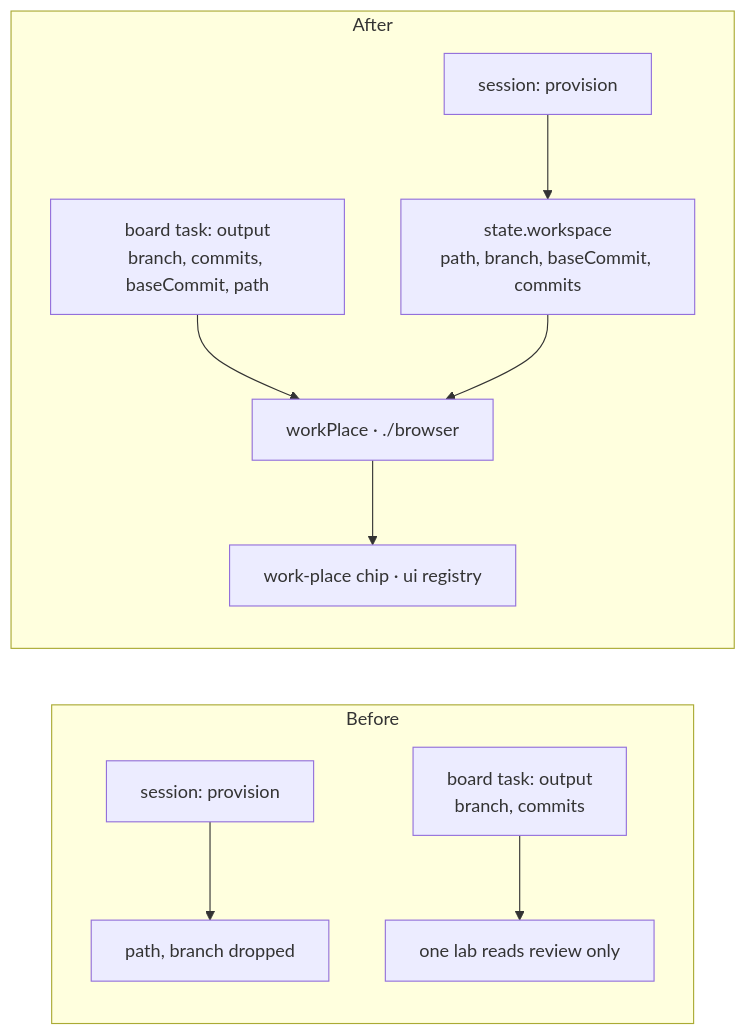
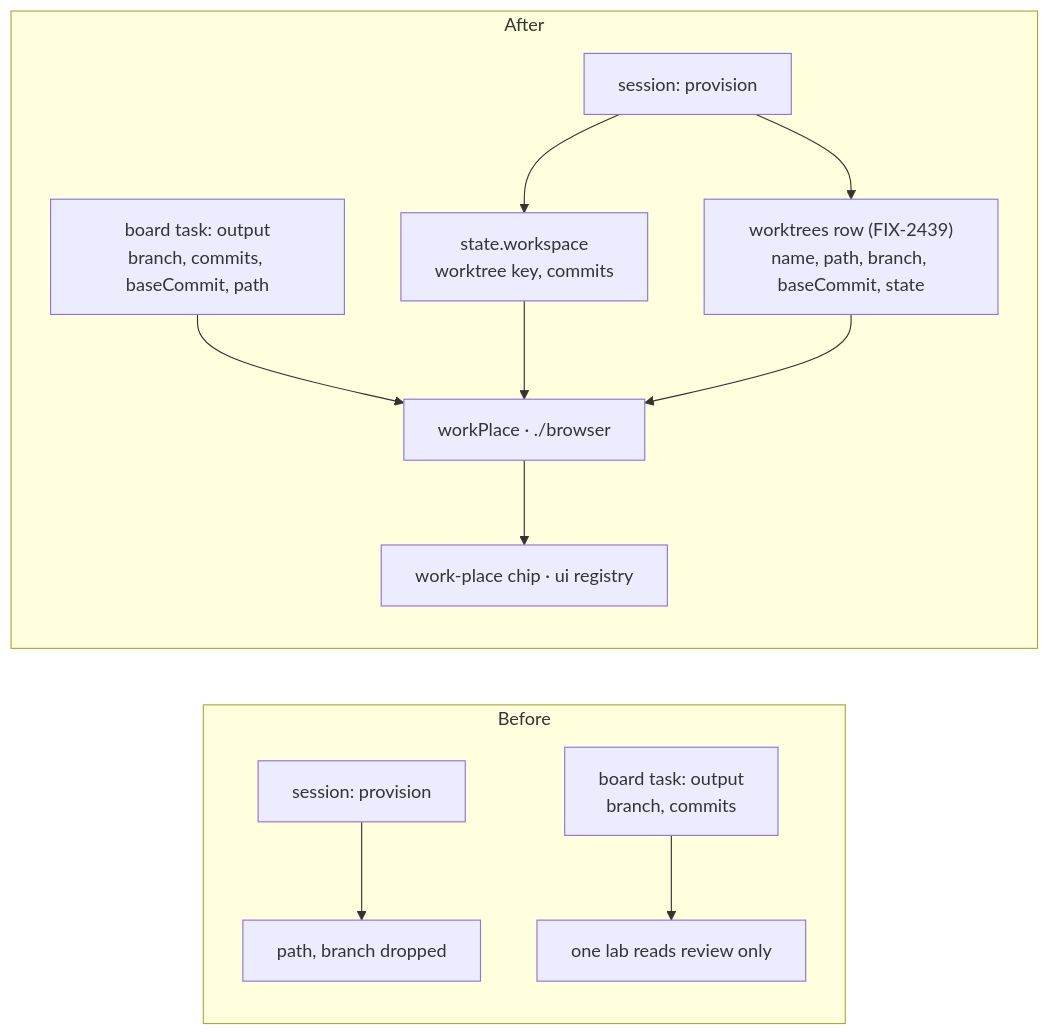
Before and after one commit to fixpoint-labs/flow-state-dev: the second of 2 diagrams in specs/issues/FIX-2386/SPEC.md, drawn with Mermaid. The commit also changed other lines of this file and 1 other file, not shown here.

First line of the commit message:
spec(FIX-2386): session state points at FIX-2439's worktree row

````diff
--- a/specs/issues/FIX-2386/SPEC.md
+++ b/specs/issues/FIX-2386/SPEC.md
@@ -62,13 +63,15 @@
 ```mermaid
 flowchart LR
   subgraph before["Before"]
     P1["session: provision"] --> D1x["path, branch dropped"]
     M1["board task: output<br/>branch, commits"] --> L1["one lab reads review only"]
   end
   subgraph after["After"]
-    P2["session: provision"] --> S2["state.workspace<br/>path, branch, baseCommit, commits"]
+    P2["session: provision"] --> R2["worktrees row (FIX-2439)<br/>name, path, branch, baseCommit, state"]
+    P2 --> S2["state.workspace<br/>worktree key, commits"]
     M2["board task: output<br/>branch, commits, baseCommit, path"] --> W2["workPlace · ./browser"]
     S2 --> W2
+    R2 --> W2
     W2 --> C2["work-place chip · ui registry"]
   end
 ```
````
